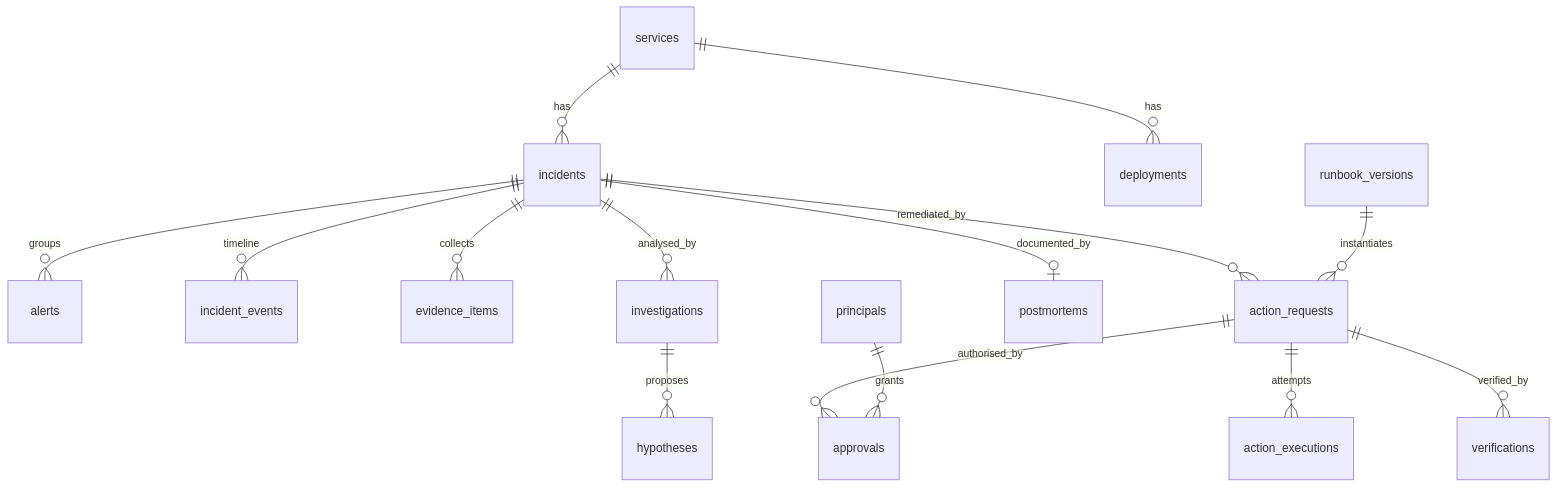
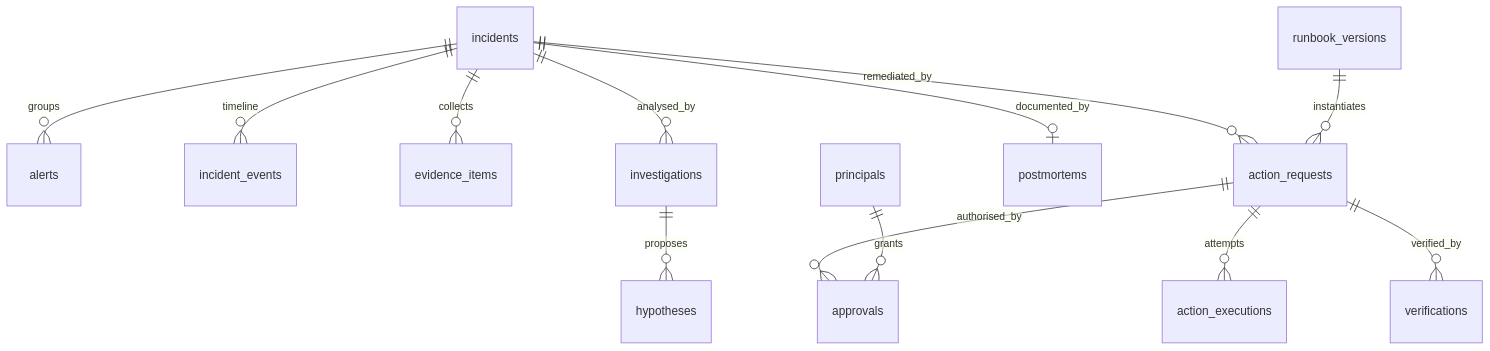
The diagram in docs/data-model.md (Akanksha1809/Sentinel-AI-SRE), drawn with Mermaid before and after one commit. The commit also changed other lines of this file and 58 other files, not shown here.

````diff
--- a/docs/data-model.md
+++ b/docs/data-model.md
@@ -5,17 +9,15 @@
 ```mermaid
 erDiagram
-    services ||--o{ incidents : has
-    services ||--o{ deployments : has
     incidents ||--o{ alerts : groups
     incidents ||--o{ incident_events : timeline
     incidents ||--o{ evidence_items : collects
     incidents ||--o{ investigations : analysed_by
     investigations ||--o{ hypotheses : proposes
     incidents ||--o{ action_requests : remediated_by
     runbook_versions ||--o{ action_requests : instantiates
     action_requests ||--o{ approvals : authorised_by
     action_requests ||--o{ action_executions : attempts
     action_requests ||--o{ verifications : verified_by
     incidents ||--o| postmortems : documented_by
     principals ||--o{ approvals : grants
 ```
````
